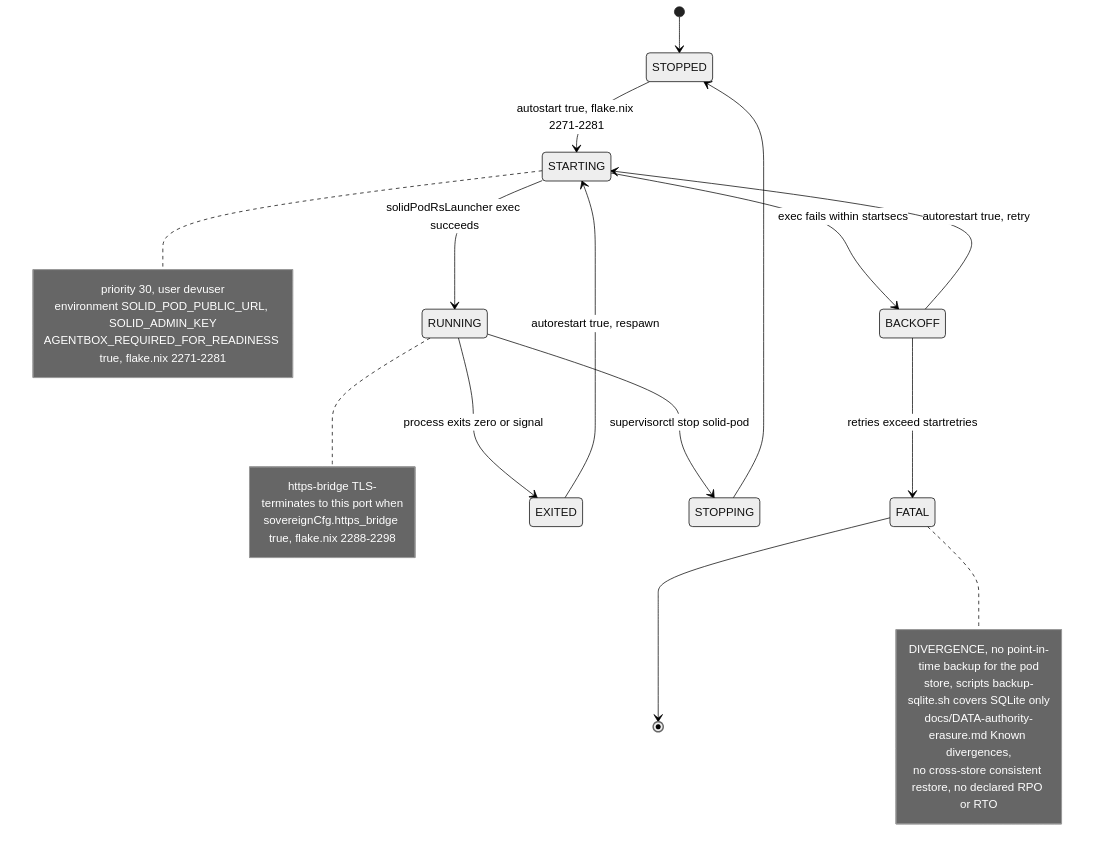
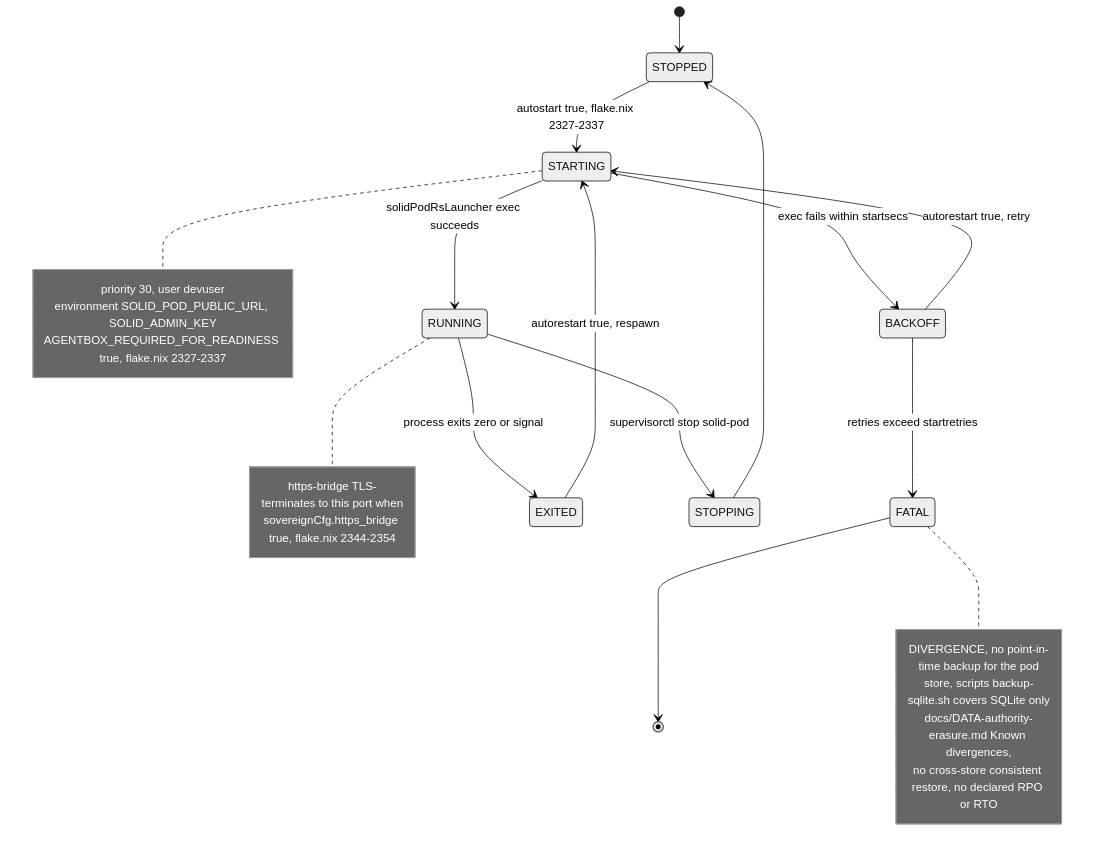
Before and after one commit to DreamLab-AI/VisionFlow: the eighth of 12 diagrams in docs/diagrams/estate/08-solid-pod-estate.md, drawn with Mermaid (neutral theme). The commit also changed other lines of this file and 94 other files, not shown here.

First line of the commit message:
docs(diagrams): re-verify 130 topics against 2 October HEADs

````diff
--- a/docs/diagrams/estate/08-solid-pod-estate.md
+++ b/docs/diagrams/estate/08-solid-pod-estate.md
@@ -387,18 +387,18 @@
 ```mermaid
 stateDiagram-v2
     [*] --> STOPPED
-    STOPPED --> STARTING : autostart true, flake.nix 2271-2281
+    STOPPED --> STARTING : autostart true, flake.nix 2327-2337
     STARTING --> RUNNING : solidPodRsLauncher exec succeeds
     STARTING --> BACKOFF : exec fails within startsecs
     BACKOFF --> STARTING : autorestart true, retry
     BACKOFF --> FATAL : retries exceed startretries
     RUNNING --> EXITED : process exits zero or signal
     RUNNING --> STOPPING : supervisorctl stop solid-pod
     EXITED --> STARTING : autorestart true, respawn
     STOPPING --> STOPPED
     FATAL --> [*]
 
-    note right of STARTING : priority 30, user devuser<br/>environment SOLID_POD_PUBLIC_URL, SOLID_ADMIN_KEY<br/>AGENTBOX_REQUIRED_FOR_READINESS true, flake.nix 2271-2281
-    note right of RUNNING : https-bridge TLS-terminates to this port when<br/>sovereignCfg.https_bridge true, flake.nix 2288-2298
+    note right of STARTING : priority 30, user devuser<br/>environment SOLID_POD_PUBLIC_URL, SOLID_ADMIN_KEY<br/>AGENTBOX_REQUIRED_FOR_READINESS true, flake.nix 2327-2337
+    note right of RUNNING : https-bridge TLS-terminates to this port when<br/>sovereignCfg.https_bridge true, flake.nix 2344-2354
     note right of FATAL : DIVERGENCE, no point-in-time backup for the pod<br/>store, scripts backup-sqlite.sh covers SQLite only<br/>docs/DATA-authority-erasure.md Known divergences,<br/>no cross-store consistent restore, no declared RPO or RTO
 ```
````
